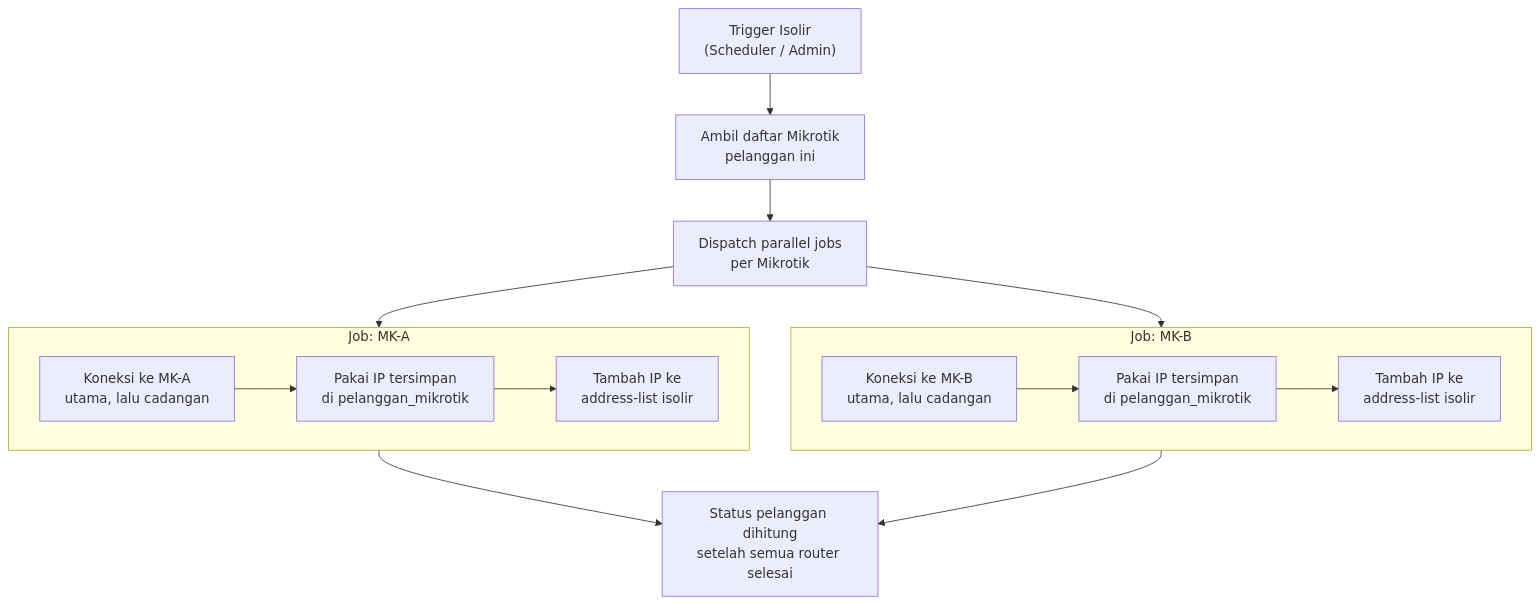
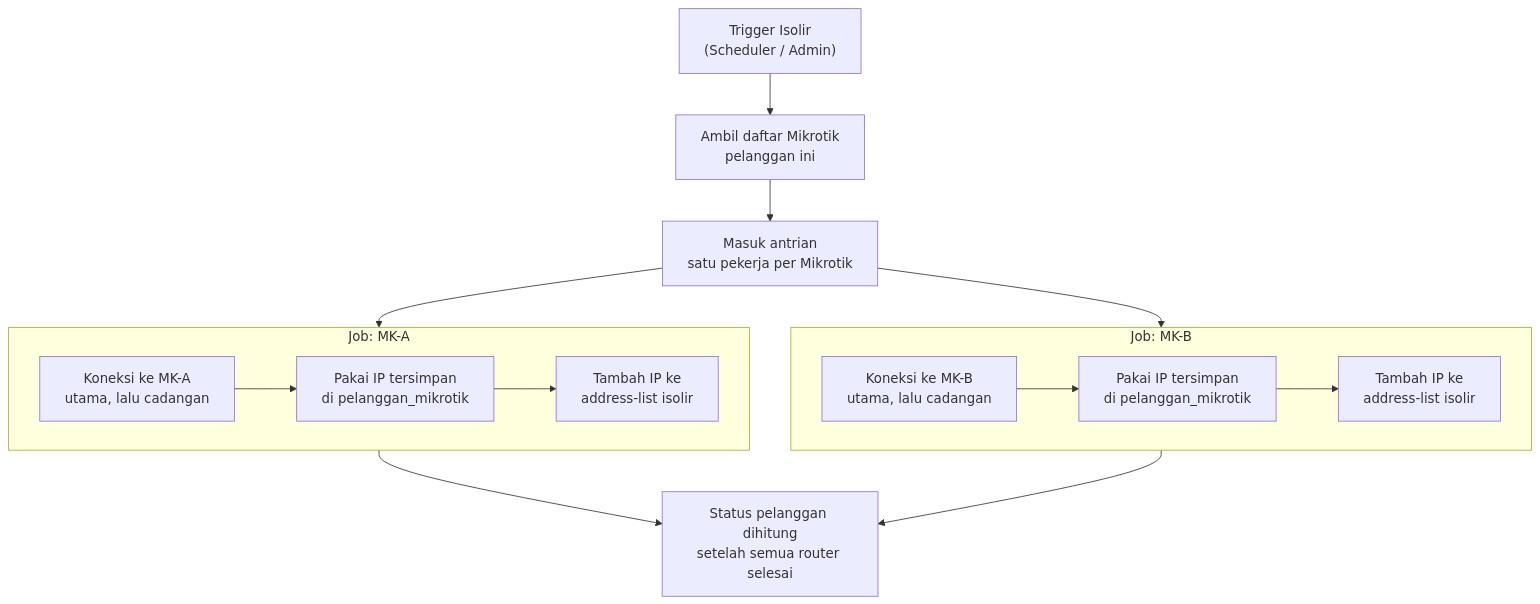
The second of 16 diagrams in docs/cara-kerja.md (revroger007/billing-isp-v2), drawn with Mermaid before and after one commit. The commit also changed other lines of this file and 3 other files, not shown here.

````diff
--- a/docs/cara-kerja.md
+++ b/docs/cara-kerja.md
@@ -205,26 +205,26 @@
 ```mermaid
 flowchart TD
     A["Trigger Isolir\n(Scheduler / Admin)"]
     B["Ambil daftar Mikrotik\npelanggan ini"]
-    C["Dispatch parallel jobs\nper Mikrotik"]
+    C["Masuk antrian\nsatu pekerja per Mikrotik"]
 
     subgraph JOB1["Job: MK-A"]
         D1["Koneksi ke MK-A\nutama, lalu cadangan"]
         G1["Pakai IP tersimpan\ndi pelanggan_mikrotik"]
         H1["Tambah IP ke\naddress-list isolir"]
     end
 
     subgraph JOB2["Job: MK-B"]
         D2["Koneksi ke MK-B\nutama, lalu cadangan"]
         G2["Pakai IP tersimpan\ndi pelanggan_mikrotik"]
         H2["Tambah IP ke\naddress-list isolir"]
     end
 
     LOG["Status pelanggan dihitung\nsetelah semua router selesai"]
 
     A --> B --> C
     C --> JOB1 & JOB2
     D1 --> G1 --> H1
     D2 --> G2 --> H2
     JOB1 & JOB2 --> LOG
 ```
````
